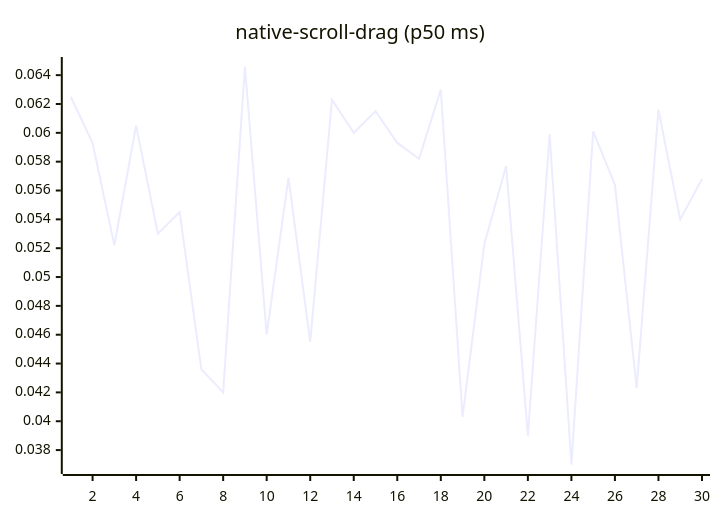
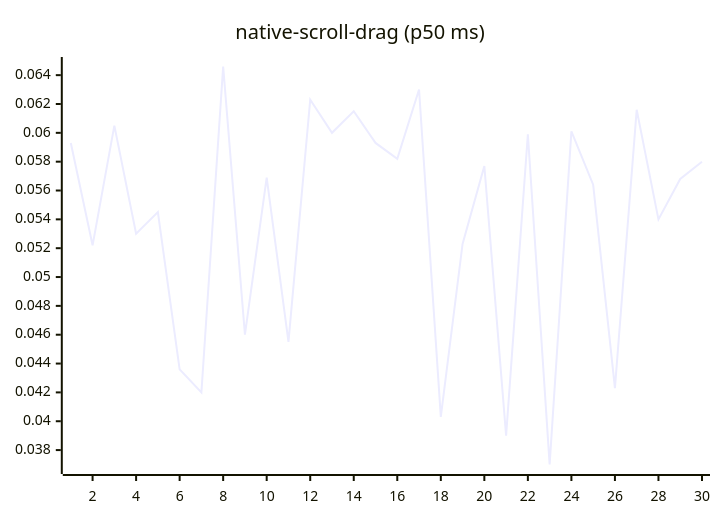
Before and after one commit to josha/Facet: diagram 14 of 27 in README.md, drawn with Mermaid. The commit also changed other lines of this file and 2 other files, not shown here.

````diff
--- a/README.md
+++ b/README.md
@@ -154,6 +154,6 @@
 ```mermaid
 xychart-beta
     title "native-scroll-drag (p50 ms)"
     x-axis 1 --> 30
-    line [0.0625, 0.0593, 0.0522, 0.0605, 0.0530, 0.0545, 0.0436, 0.0420, 0.0646, 0.0460, 0.0569, 0.0455, 0.0623, 0.0600, 0.0615, 0.0593, 0.0582, 0.0630, 0.0403, 0.0523, 0.0577, 0.0390, 0.0599, 0.0370, 0.0601, 0.0564, 0.0423, 0.0616, 0.0540, 0.0568]
+    line [0.0593, 0.0522, 0.0605, 0.0530, 0.0545, 0.0436, 0.0420, 0.0646, 0.0460, 0.0569, 0.0455, 0.0623, 0.0600, 0.0615, 0.0593, 0.0582, 0.0630, 0.0403, 0.0523, 0.0577, 0.0390, 0.0599, 0.0370, 0.0601, 0.0564, 0.0423, 0.0616, 0.0540, 0.0568, 0.0580]
 ```
````
